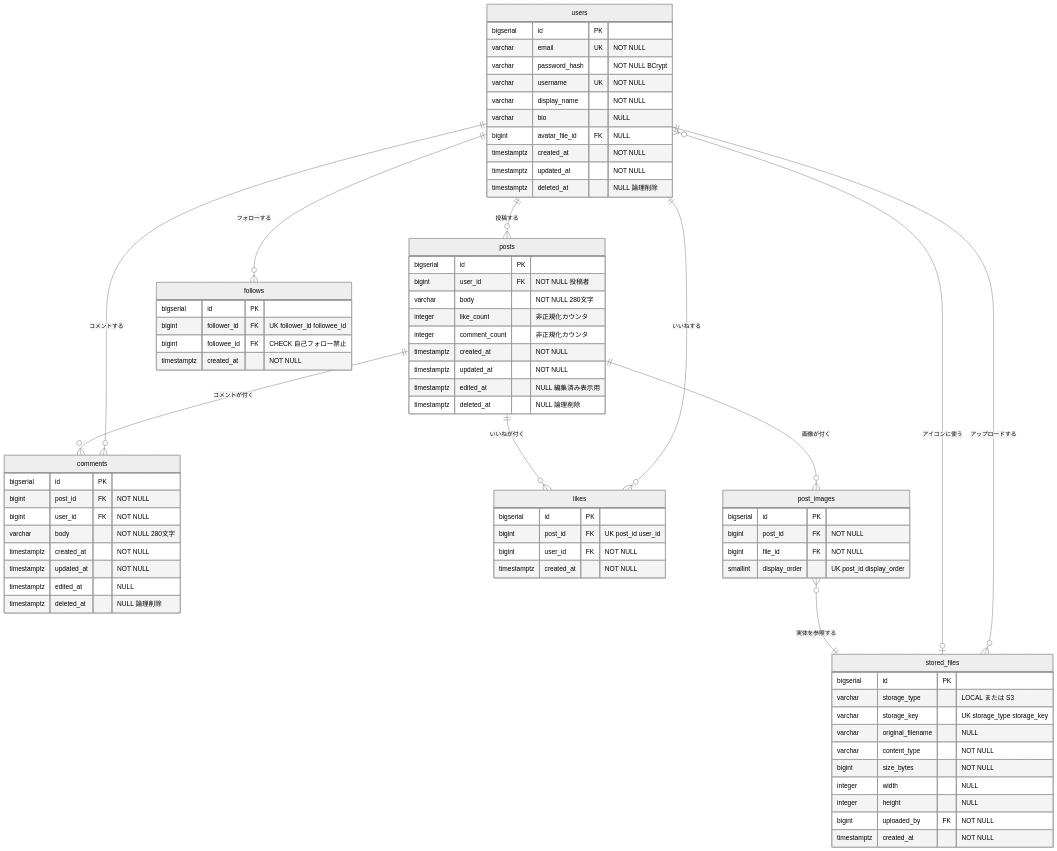
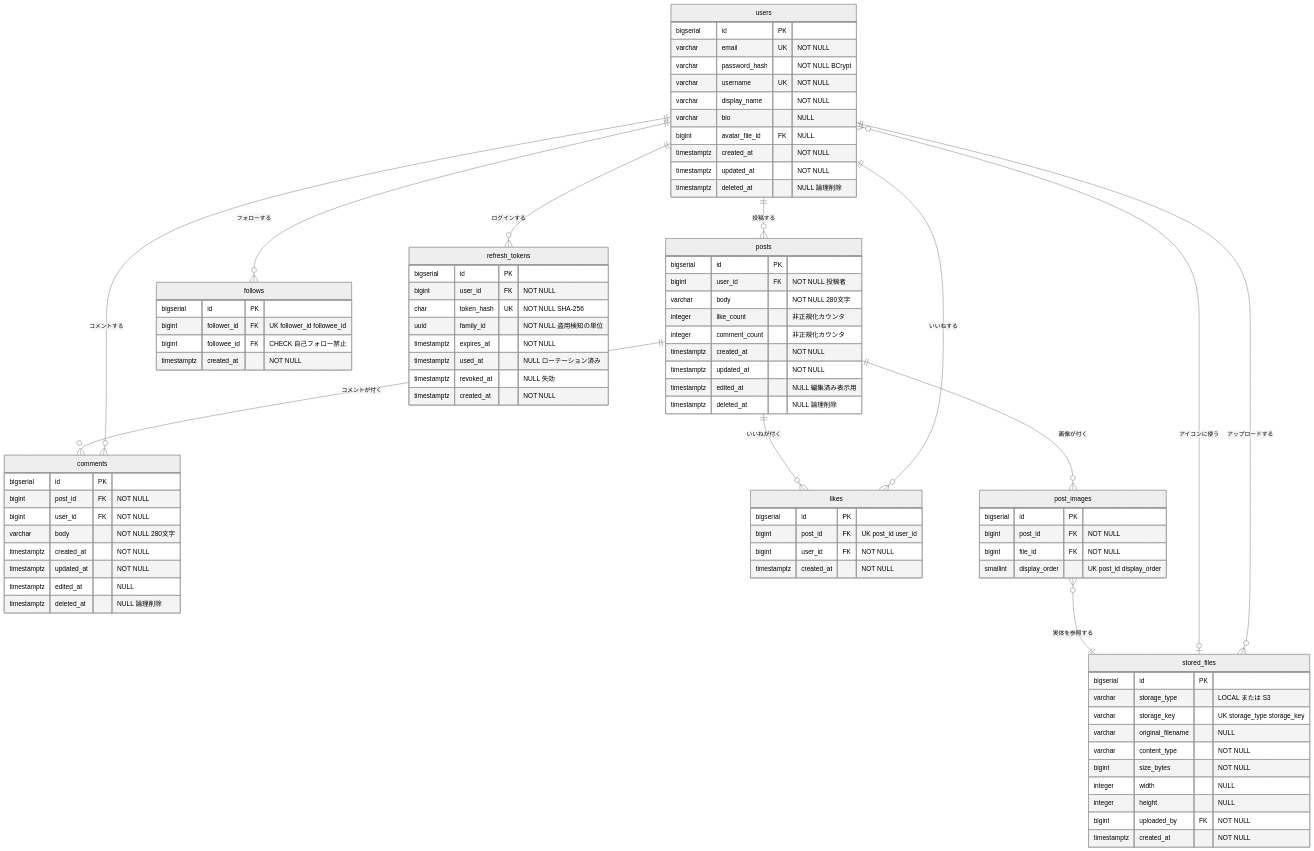
The diagram in docs/04_data_model.md (tomo-taka108/SnsTimeLineApp), drawn with Mermaid (neutral theme) before and after one commit. The commit also changed other lines of this file and 13 other files, not shown here.

````diff
--- a/docs/04_data_model.md
+++ b/docs/04_data_model.md
@@ -19,6 +19,7 @@
     posts ||--o{ likes : "いいねが付く"
     posts ||--o{ post_images : "画像が付く"
     post_images }o--|| stored_files : "実体を参照する"
+    users ||--o{ refresh_tokens : "ログインする"
 
     users {
         bigserial id PK
@@ -83,4 +84,14 @@
         bigint uploaded_by FK "NOT NULL"
         timestamptz created_at "NOT NULL"
     }
+    refresh_tokens {
+        bigserial id PK
+        bigint user_id FK "NOT NULL"
+        char token_hash UK "NOT NULL SHA-256"
+        uuid family_id "NOT NULL 盗用検知の単位"
+        timestamptz expires_at "NOT NULL"
+        timestamptz used_at "NULL ローテーション済み"
+        timestamptz revoked_at "NULL 失効"
+        timestamptz created_at "NOT NULL"
+    }
 ```
````
